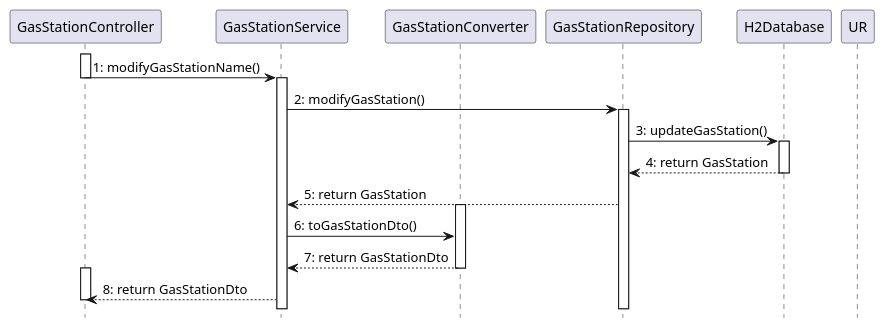
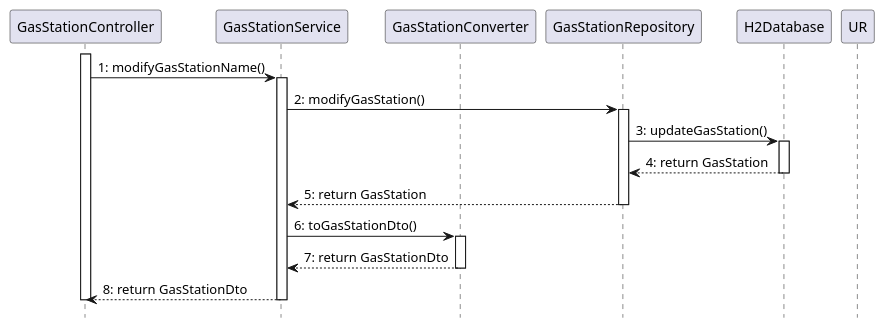
One commit to SE2-group4/SE1-project changed the tenth of 15 diagrams in docs/DesignDocument.md. Above: the diagram before and after it, drawn with PlantUML. The commit also changed other lines of this file, not shown here.

````diff
--- a/docs/DesignDocument.md
+++ b/docs/DesignDocument.md
@@ -736,40 +734,38 @@
 ```plantuml
 @startuml
 hide footbox
 skinparam shadowing false
 
 participant GasStationController as GC
 participant GasStationService as GS
 participant GasStationConverter as GCV
 participant GasStationRepository as GR
 participant H2Database as H2
 
 activate GC
 GC -> GS: 1: modifyGasStationName()
-deactivate GC
 activate GS
-
 
 GS -> GR: 2: modifyGasStation()
 activate GR
 
 GR -> H2: 3: updateGasStation()
 
 activate H2
 H2 --> GR: 4: return GasStation
 deactivate H2
 
-
 GR --> GS: 5: return GasStation
 deactivate UR
+deactivate GR
 
+GS -> GCV: 6: toGasStationDto()
 activate GCV
-GS -> GCV: 6: toGasStationDto()
 GCV --> GS: 7: return GasStationDto
 deactivate GCV
 
-activate GC
 GS --> GC: 8: return GasStationDto
+deactivate GS
 deactivate GC
 @enduml
 ```
````
